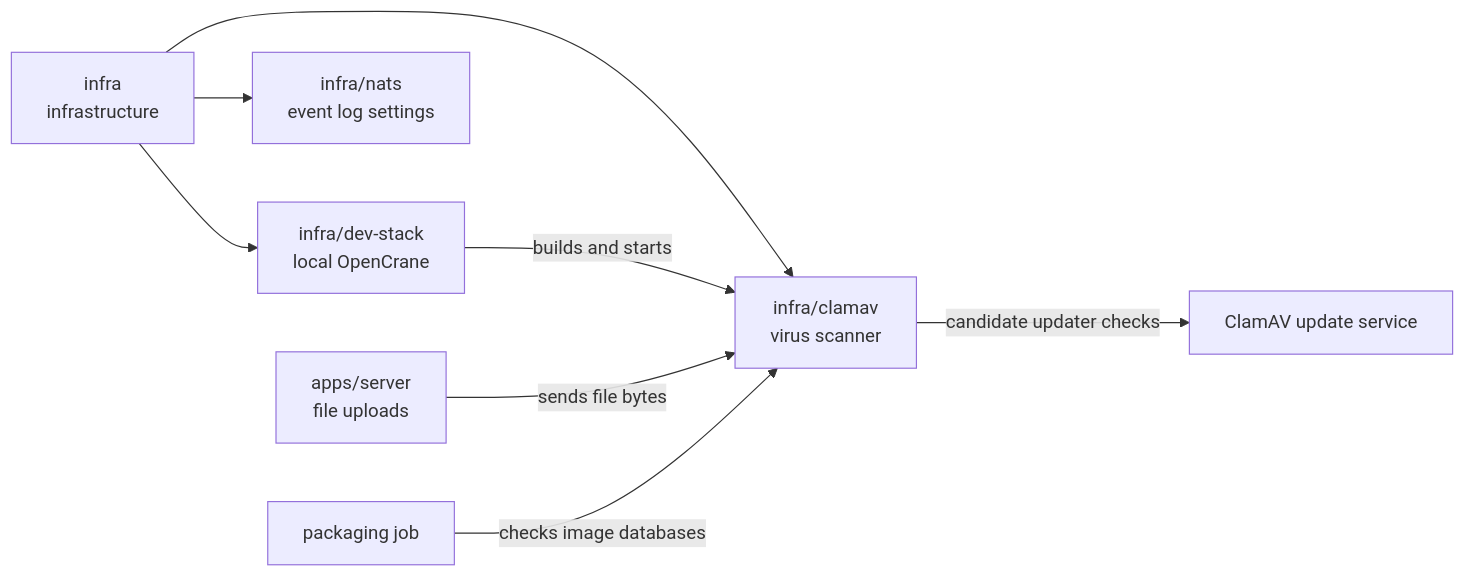
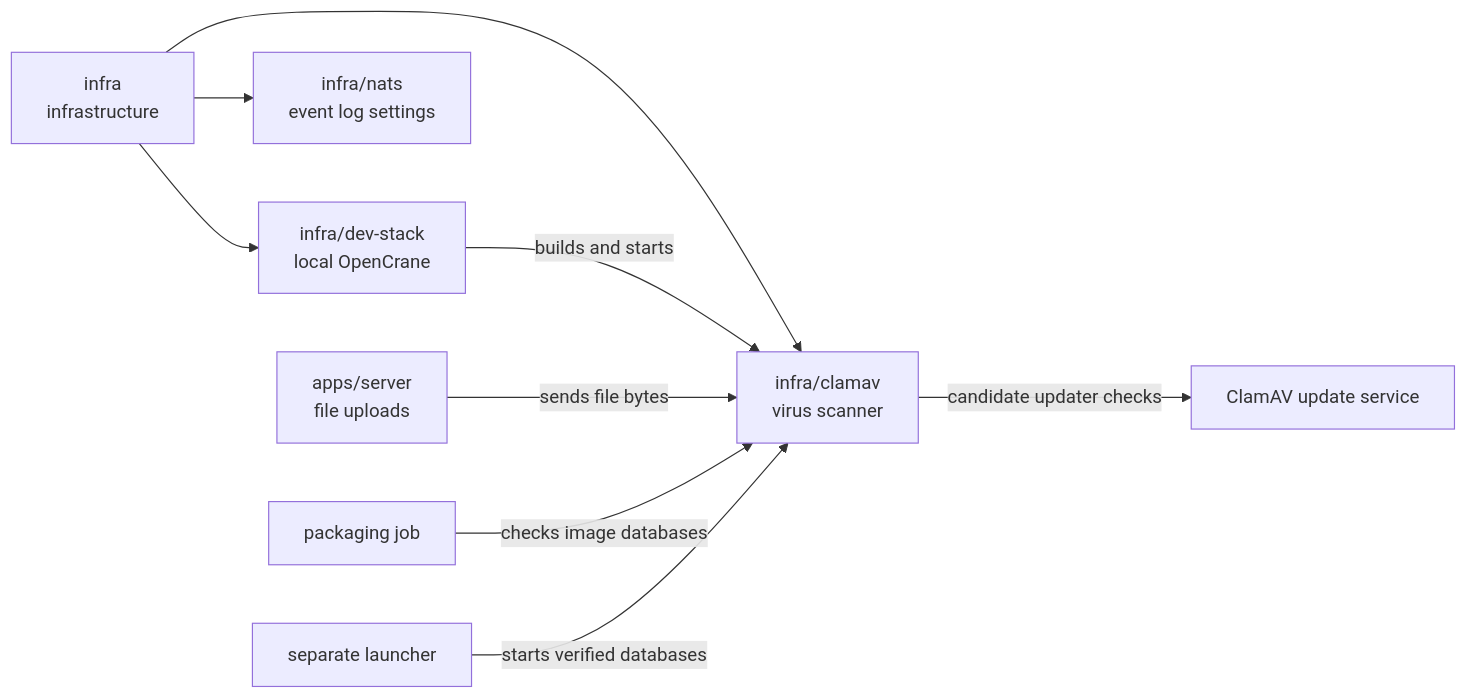
One commit to elewa-git/opencrane-new changed the diagram in infra/clamav/README.md. Above: the diagram before and after it, drawn with Mermaid. The commit also changed other lines of this file and 6 other files, not shown here.

Commit message:
🔒 Start the scanner only with its verified immutable databases

````diff
--- a/infra/clamav/README.md
+++ b/infra/clamav/README.md
@@ -15,10 +15,11 @@
 ```mermaid
 flowchart LR
   infra["infra<br/>infrastructure"] --> clamav["infra/clamav<br/>virus scanner"]
   infra --> stack["infra/dev-stack<br/>local OpenCrane"]
   infra --> nats["infra/nats<br/>event log settings"]
   stack -->|builds and starts| clamav
   server["apps/server<br/>file uploads"] -->|sends file bytes| clamav
   clamav -->|candidate updater checks| updates["ClamAV update service"]
   packaging["packaging job"] -->|checks image databases| clamav
+  launcher["separate launcher"] -->|starts verified databases| clamav
 ```
````
